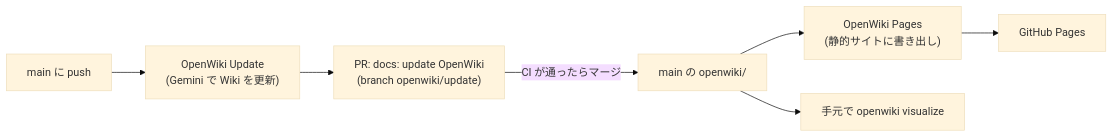
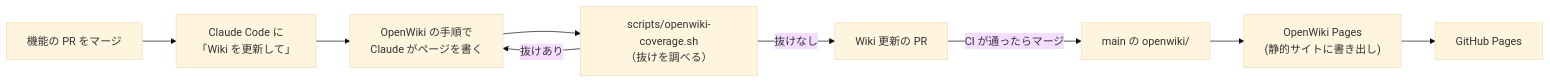
The diagram in docs/guides/openwiki.md (tis-abe-akira/run-buddy), drawn with Mermaid (base theme) before and after one commit. The commit also changed other lines of this file and 13 other files, not shown here.

First line of the commit message:
Wiki の生成を CI（Gemini）から Claude Code（Claude）に移す (#33)

````diff
--- a/docs/guides/openwiki.md
+++ b/docs/guides/openwiki.md
@@ -8,9 +8,11 @@
 ```mermaid
 flowchart LR
-  push["main に push"] --> update["OpenWiki Update<br/>(Gemini で Wiki を更新)"]
-  update --> pr["PR: docs: update OpenWiki<br/>(branch openwiki/update)"]
+  merge["機能の PR をマージ"] --> ask["Claude Code に<br/>「Wiki を更新して」"]
+  ask --> run["OpenWiki の手順で<br/>Claude がページを書く"]
+  run --> check["scripts/openwiki-coverage.sh<br/>（抜けを調べる）"]
+  check -->|抜けあり| run
+  check -->|抜けなし| pr["Wiki 更新の PR"]
   pr -->|CI が通ったらマージ| main2["main の openwiki/"]
   main2 --> pages["OpenWiki Pages<br/>(静的サイトに書き出し)"]
   pages --> site["GitHub Pages"]
-  main2 --> local["手元で openwiki visualize"]
 ```
````
